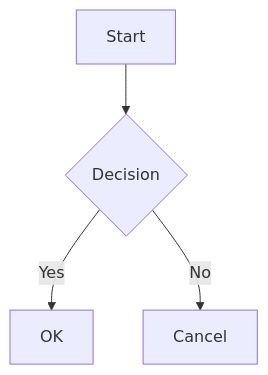
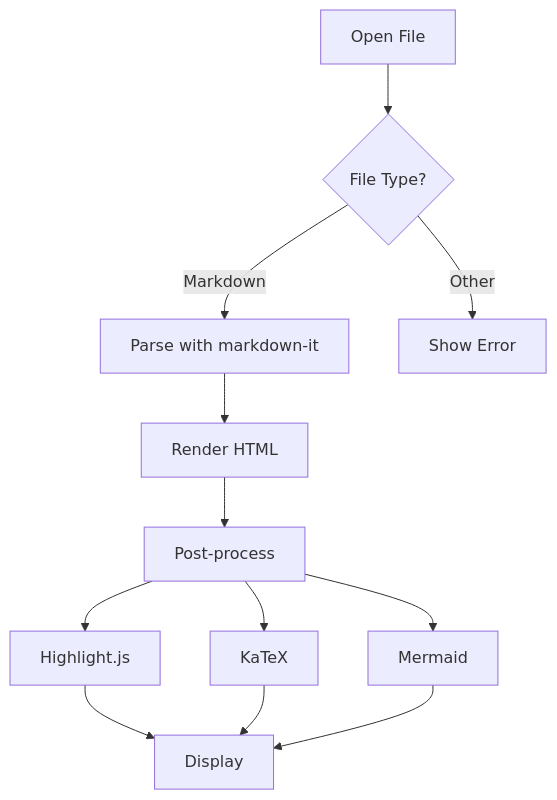
One commit to martinemmert/yet-another-markdown-viewer changed the first of 3 diagrams in test/sample.md. Above: the diagram before and after it, drawn with Mermaid. The commit also changed other lines of this file and 16 other files, not shown here.

````diff
--- a/test/sample.md
+++ b/test/sample.md
@@ -68,6 +194,14 @@
 ```mermaid
 graph TD
-    A[Start] --> B{Decision}
-    B -->|Yes| C[OK]
-    B -->|No| D[Cancel]
+    A[Open File] --> B{File Type?}
+    B -->|Markdown| C[Parse with markdown-it]
+    B -->|Other| D[Show Error]
+    C --> E[Render HTML]
+    E --> F[Post-process]
+    F --> G[Highlight.js]
+    F --> H[KaTeX]
+    F --> I[Mermaid]
+    G --> J[Display]
+    H --> J
+    I --> J
 ```
````
